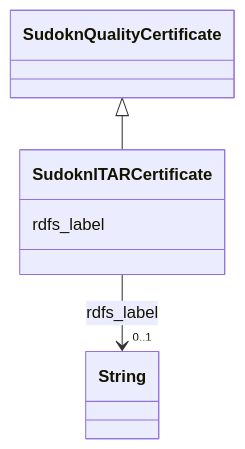
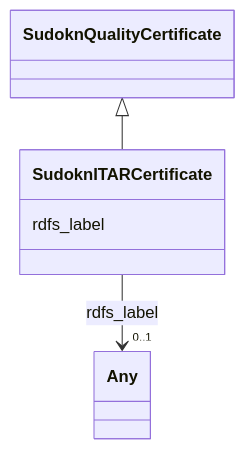
The diagram in sudokn-kg/classes/SudoknITARCertificate.md (frink-okn/graph-descriptions), drawn with Mermaid before and after one commit. The commit also changed other lines of this file and 903 other files, not shown here.

````diff
--- a/sudokn-kg/classes/SudoknITARCertificate.md
+++ b/sudokn-kg/classes/SudoknITARCertificate.md
@@ -23,18 +18,18 @@
 ```mermaid
  classDiagram
     class SudoknITARCertificate
     click SudoknITARCertificate href "../SudoknITARCertificate"
       SudoknQualityCertificate <|-- SudoknITARCertificate
         click SudoknQualityCertificate href "../SudoknQualityCertificate"
       
       SudoknITARCertificate : rdfs_label
         
           
     
     
-    SudoknITARCertificate --> "0..1" String : rdfs_label
-    click String href "../String"
+    SudoknITARCertificate --> "0..1" Any : rdfs_label
+    click Any href "../Any"
 
         
       
 ```
````
